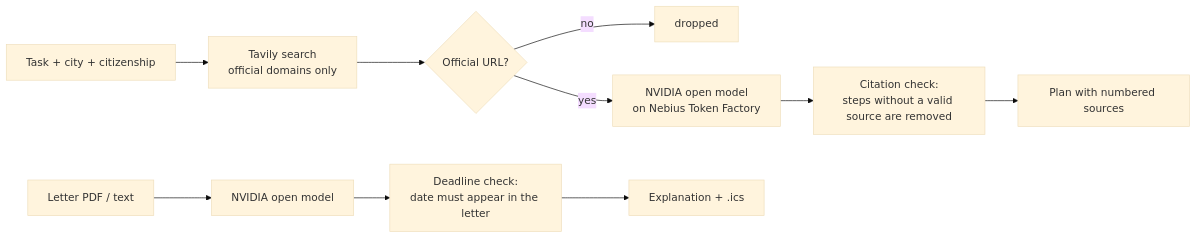
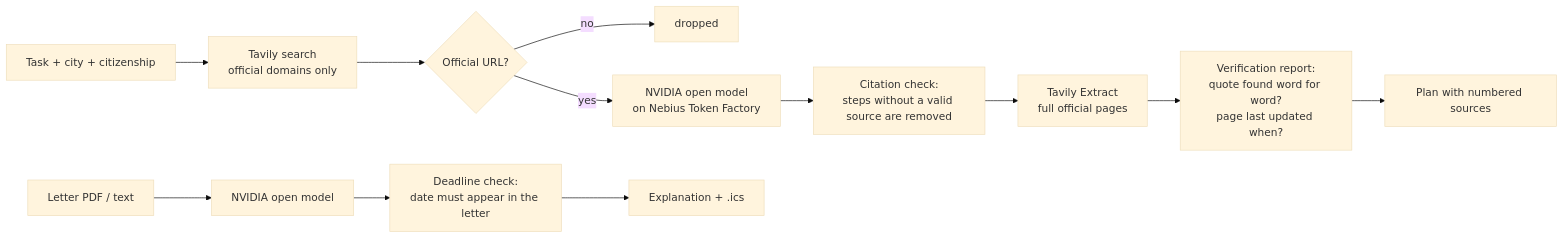
The diagram in README.md (carlogiovannifalocco-byte/service-desk), drawn with Mermaid (base theme) before and after one commit. The commit also changed other lines of this file and 14 other files, not shown here.

First line of the commit message:
Verification report per plan: quotes checked word for word, page dates, Tavily Extract

````diff
--- a/README.md
+++ b/README.md
@@ -34,10 +34,12 @@
 ```mermaid
 flowchart LR
   Q[Task + city + citizenship] --> T[Tavily search<br/>official domains only]
   T --> F{Official URL?}
   F -- no --> X[dropped]
   F -- yes --> N[NVIDIA open model<br/>on Nebius Token Factory]
   N --> V[Citation check:<br/>steps without a valid source are removed]
-  V --> P[Plan with numbered sources]
+  V --> X2[Tavily Extract<br/>full official pages]
+  X2 --> R[Verification report:<br/>quote found word for word?<br/>page last updated when?]
+  R --> P[Plan with numbered sources]
   L[Letter PDF / text] --> N2[NVIDIA open model] --> D[Deadline check:<br/>date must appear in the letter] --> E[Explanation + .ics]
 ```
````
